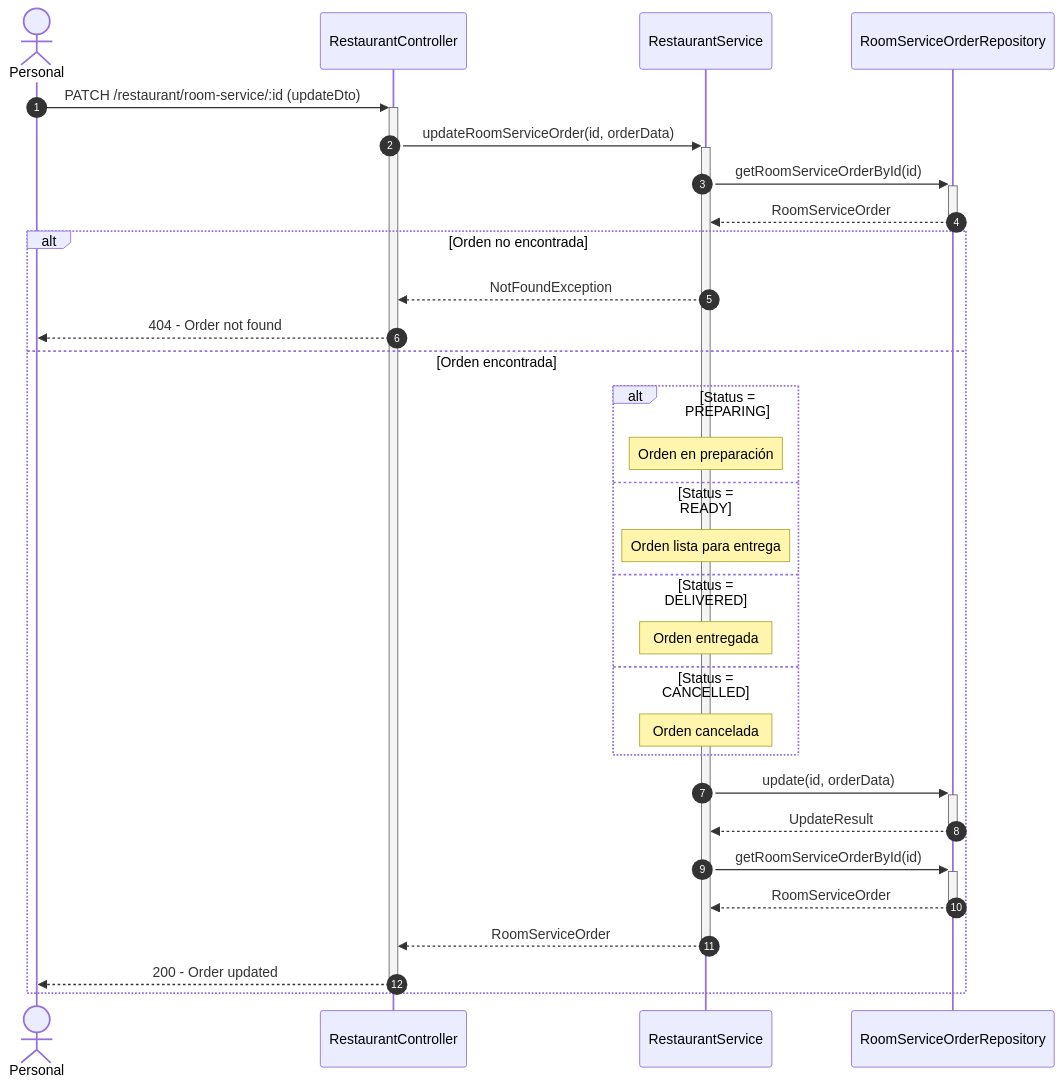
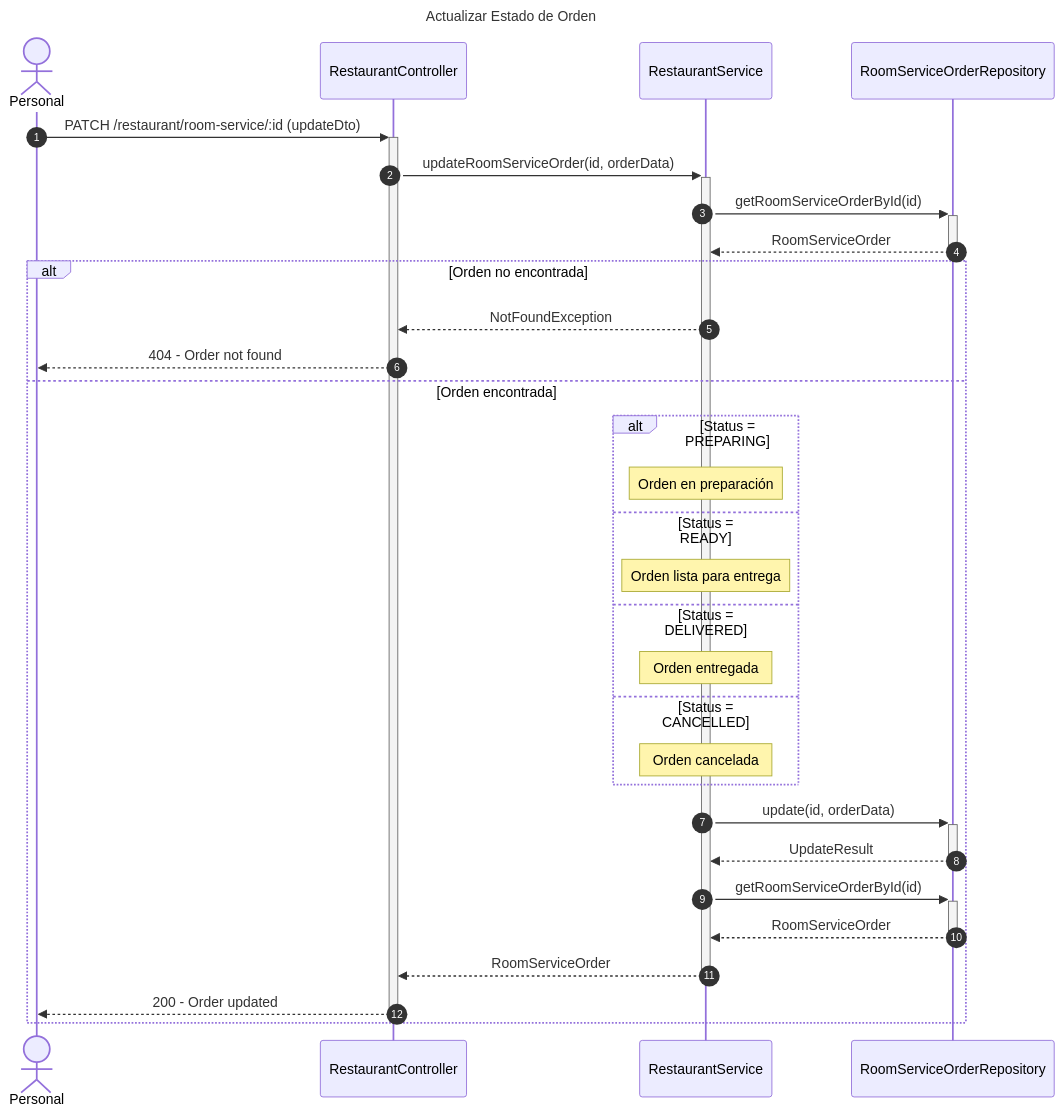
The second of 7 diagrams in diagrams/sequence/restaurant-sequence-diagram.md (Nick220505/hotelier-backend), drawn with Mermaid before and after one commit. The commit also changed other lines of this file and 5 other files, not shown here.

Commit message:
Add titles to sequence diagrams for Billing, Employees, Inventory, Reservations, Restaurant, and Users modules

````diff
--- a/diagrams/sequence/restaurant-sequence-diagram.md
+++ b/diagrams/sequence/restaurant-sequence-diagram.md
@@ -35,38 +38,41 @@
 ```mermaid
+---
+title: Actualizar Estado de Orden
+---
 sequenceDiagram
     autonumber
     actor Personal
     participant Controller as RestaurantController
     participant Service as RestaurantService
     participant OrderRepo as RoomServiceOrderRepository
 
     Personal->>+Controller: PATCH /restaurant/room-service/:id (updateDto)
     Controller->>+Service: updateRoomServiceOrder(id, orderData)
     
     Service->>+OrderRepo: getRoomServiceOrderById(id)
     OrderRepo-->>-Service: RoomServiceOrder
     
     alt Orden no encontrada
         Service-->>Controller: NotFoundException
         Controller-->>Personal: 404 - Order not found
     else Orden encontrada
         alt Status = PREPARING
             Note over Service: Orden en preparación
         else Status = READY
             Note over Service: Orden lista para entrega
         else Status = DELIVERED
             Note over Service: Orden entregada
         else Status = CANCELLED
             Note over Service: Orden cancelada
         end
         
         Service->>+OrderRepo: update(id, orderData)
         OrderRepo-->>-Service: UpdateResult
         
         Service->>+OrderRepo: getRoomServiceOrderById(id)
         OrderRepo-->>-Service: RoomServiceOrder
         
         Service-->>-Controller: RoomServiceOrder
         Controller-->>-Personal: 200 - Order updated
     end
 ```
````
